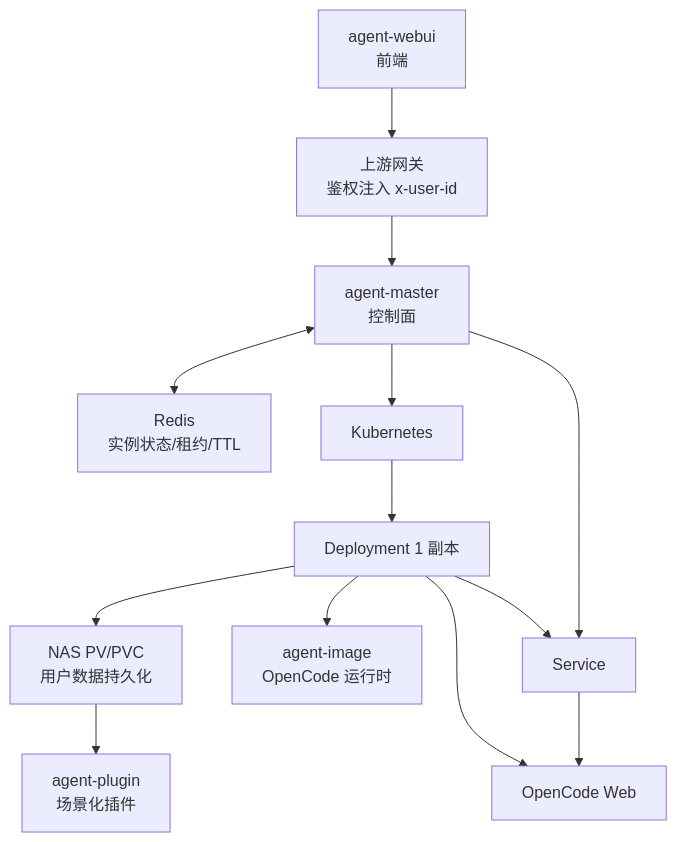
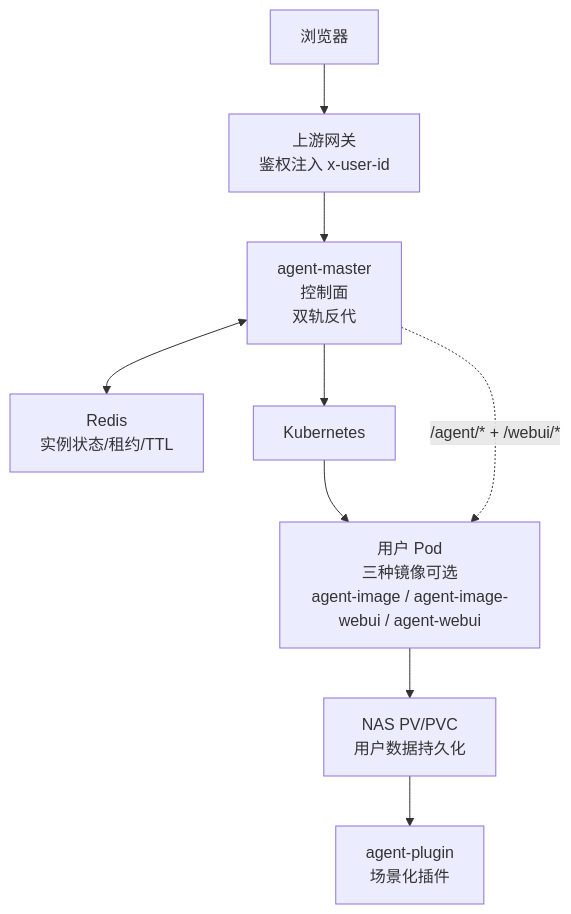
One commit to ArchAIHarness/docs changed the first of 2 diagrams in 0xE0_设计方案/分布式多用户OpenCode智能体平台架构设计.md. Above: the diagram before and after it, drawn with Mermaid. The commit also changed other lines of this file, not shown here.

First line of the commit message:
docs: 重构分布式多用户 OpenCode 智能体平台架构设计

````diff
--- a/0xE0_设计方案/分布式多用户OpenCode智能体平台架构设计.md
+++ b/0xE0_设计方案/分布式多用户OpenCode智能体平台架构设计.md
@@ -40,27 +53,20 @@
 ```mermaid
 graph TD
-    WEB[agent-webui<br/>前端]
+    BROWSER[浏览器]
     GW[上游网关<br/>鉴权注入 x-user-id]
-    MASTER[agent-master<br/>控制面]
+    MASTER[agent-master<br/>控制面<br/>双轨反代]
     REDIS[Redis<br/>实例状态/租约/TTL]
     K8S[Kubernetes]
-    DEPLOY[Deployment 1 副本]
-    SVC[Service]
-    IMAGE[agent-image<br/>OpenCode 运行时]
+    POD[用户 Pod<br/>三种镜像可选<br/>agent-image / agent-image-webui / agent-webui]
     NAS[NAS PV/PVC<br/>用户数据持久化]
-    OPENCODE[OpenCode Web]
     PLUGIN[agent-plugin<br/>场景化插件]
 
-    WEB --> GW
+    BROWSER --> GW
     GW --> MASTER
     MASTER <--> REDIS
     MASTER --> K8S
-    K8S --> DEPLOY
-    DEPLOY --> IMAGE
-    DEPLOY --> NAS
-    DEPLOY --> OPENCODE
+    K8S --> POD
+    POD --> NAS
     NAS --> PLUGIN
-    DEPLOY --> SVC
-    MASTER --> SVC
-    SVC --> OPENCODE
+    MASTER -. /agent/* + /webui/* .-> POD
 ```
````
